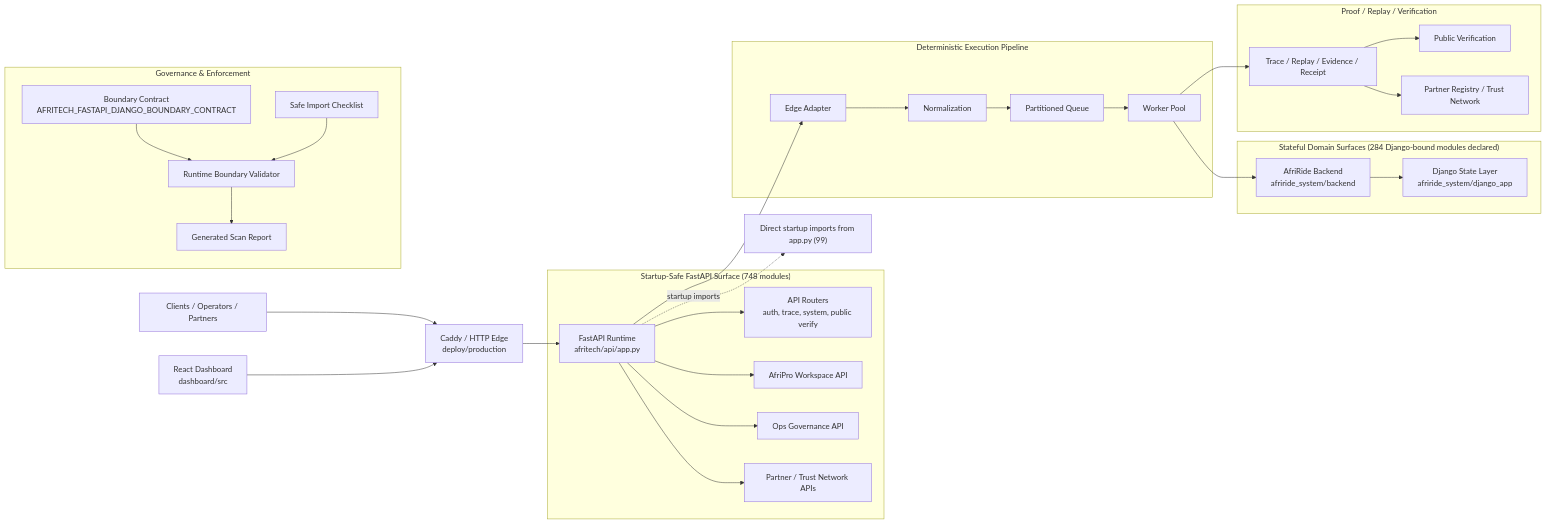
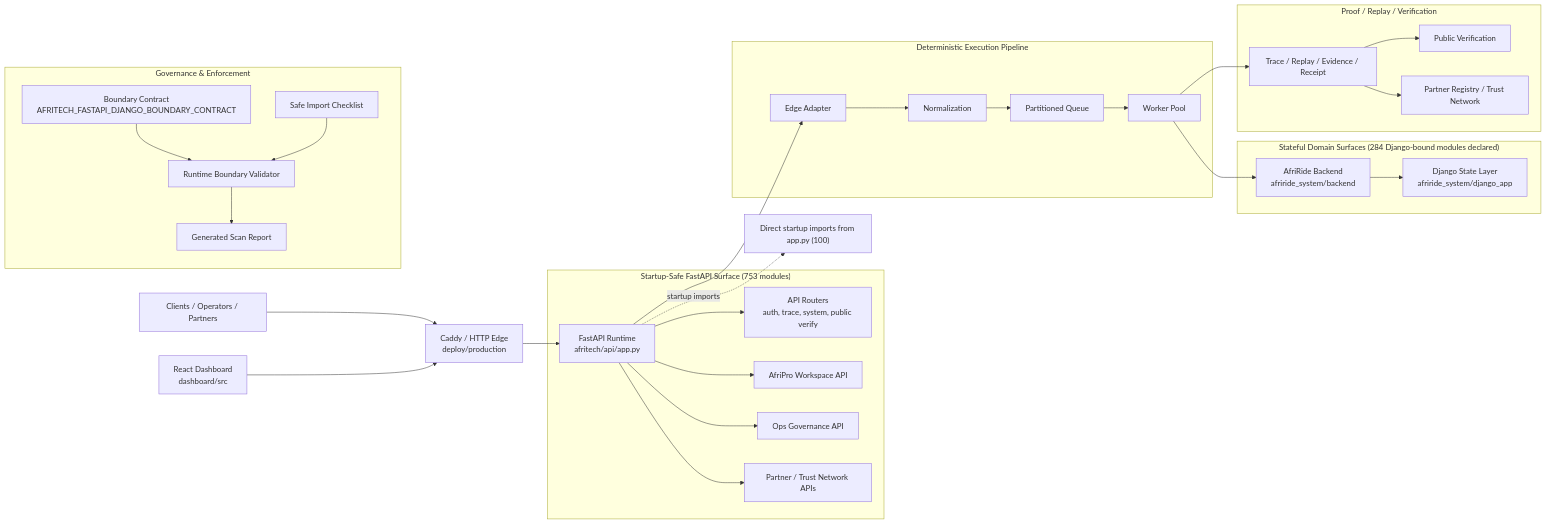
The first of 2 diagrams in docs/architecture/AFRITECH_FULL_ARCHITECTURE_GRAPH.md (Strelly2023/afritelematics), drawn with Mermaid before and after one commit. The commit also changed other lines of this file and 28 other files, not shown here.

````diff
--- a/docs/architecture/AFRITECH_FULL_ARCHITECTURE_GRAPH.md
+++ b/docs/architecture/AFRITECH_FULL_ARCHITECTURE_GRAPH.md
@@ -22,39 +22,39 @@
 ```mermaid
 flowchart LR
     Client["Clients / Operators / Partners"] --> Edge["Caddy / HTTP Edge\ndeploy/production"]
     Dashboard["React Dashboard\ndashboard/src"] --> Edge
     Edge --> App["FastAPI Runtime\nafritech/api/app.py"]
 
-    subgraph FastAPI["Startup-Safe FastAPI Surface (748 modules)"]
+    subgraph FastAPI["Startup-Safe FastAPI Surface (753 modules)"]
         App --> Api["API Routers\nauth, trace, system, public verify"]
         App --> Workspace["AfriPro Workspace API"]
         App --> Governance["Ops Governance API"]
         App --> Trust["Partner / Trust Network APIs"]
     end
 
     subgraph Pipeline["Deterministic Execution Pipeline"]
         App --> Adapt["Edge Adapter"]
         Adapt --> Normalize["Normalization"]
         Normalize --> Queue["Partitioned Queue"]
         Queue --> Worker["Worker Pool"]
     end
 
     subgraph State["Stateful Domain Surfaces (284 Django-bound modules declared)"]
         Worker --> Domain["AfriRide Backend\nafriride_system/backend"]
         Domain --> Django["Django State Layer\nafriride_system/django_app"]
     end
 
     subgraph Proof["Proof / Replay / Verification"]
         Worker --> Trace["Trace / Replay / Evidence / Receipt"]
         Trace --> Public["Public Verification"]
         Trace --> Registry["Partner Registry / Trust Network"]
     end
 
     subgraph GovernancePlane["Governance & Enforcement"]
         Contract["Boundary Contract\nAFRITECH_FASTAPI_DJANGO_BOUNDARY_CONTRACT"] --> Validator["Runtime Boundary Validator"]
         Checklist["Safe Import Checklist"] --> Validator
         Validator --> Review["Generated Scan Report"]
     end
 
-    App -. startup imports .-> Imports["Direct startup imports from app.py (99)"]
+    App -. startup imports .-> Imports["Direct startup imports from app.py (100)"]
 ```
````
